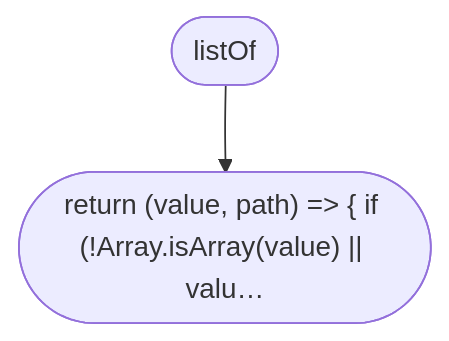
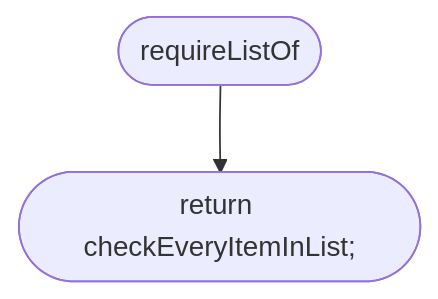
Before and after one commit to NewDara-Star/world-engine: diagram 18 of 38 in docs/flows/src/place/parse.md, drawn with Mermaid. The commit also changed other lines of this file and 18 other files, not shown here.

````diff
--- a/docs/flows/src/place/parse.md
+++ b/docs/flows/src/place/parse.md
@@ -178,6 +276,6 @@
 ```mermaid
 flowchart TD
-  n1(["listOf"])
-  n2(["return (value, path) =#gt; { if (!Array.isArray(value) || valu…"])
+  n1(["requireListOf"])
+  n2(["return checkEveryItemInList;"])
   n1 --> n2
 ```
````
